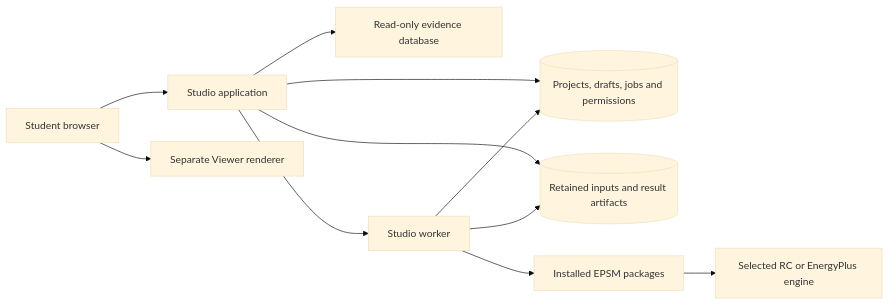
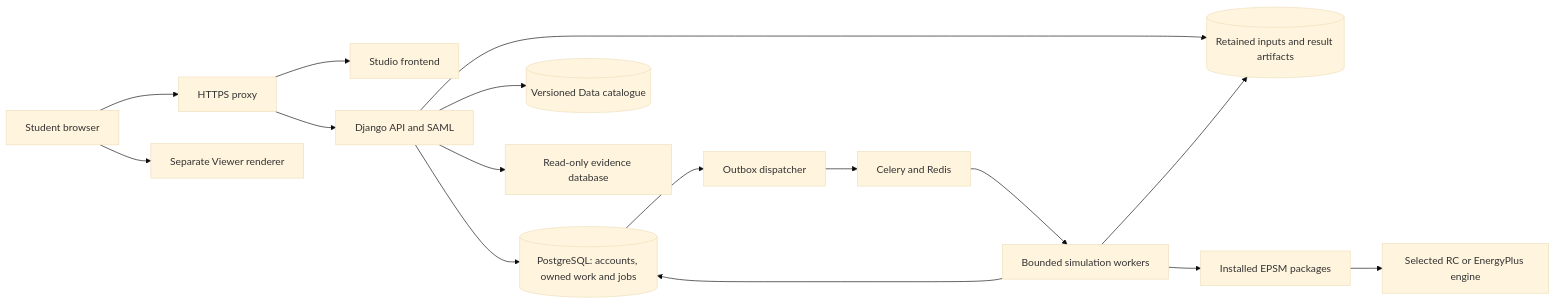
Before and after one commit to SB-Chalmers/epsm_studio: the diagram in docs/rebuild/architecture.md, drawn with Mermaid (base theme). The commit also changed other lines of this file and 580 other files, not shown here.

First line of the commit message:
Rebuild Studio as an interactive frontend prototype

````diff
--- a/docs/rebuild/architecture.md
+++ b/docs/rebuild/architecture.md
@@ -77,13 +86,18 @@
 ```mermaid
 flowchart LR
-    Browser[Student browser] --> App[Studio application]
+    Browser[Student browser] --> Proxy[HTTPS proxy]
+    Proxy --> Frontend[Studio frontend]
+    Proxy --> App[Django API and SAML]
     Browser --> Viewer[Separate Viewer renderer]
-    App --> State[(Projects, drafts, jobs and permissions)]
+    App --> State[(PostgreSQL: accounts, owned work and jobs)]
     App --> Files[(Retained inputs and result artifacts)]
+    App --> Catalogue[(Versioned Data catalogue)]
     App --> DB[Read-only evidence database]
-    App --> Worker[Studio worker]
+    State --> Dispatch[Outbox dispatcher]
+    Dispatch --> Queue[Celery and Redis]
+    Queue --> Worker[Bounded simulation workers]
     Worker --> Packages[Installed EPSM packages]
     Packages --> Engines[Selected RC or EnergyPlus engine]
     Worker --> Files
     Worker --> State
 ```
````
